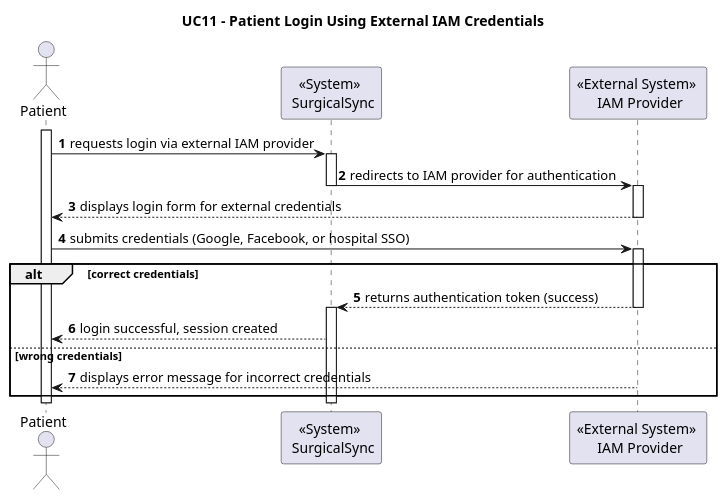
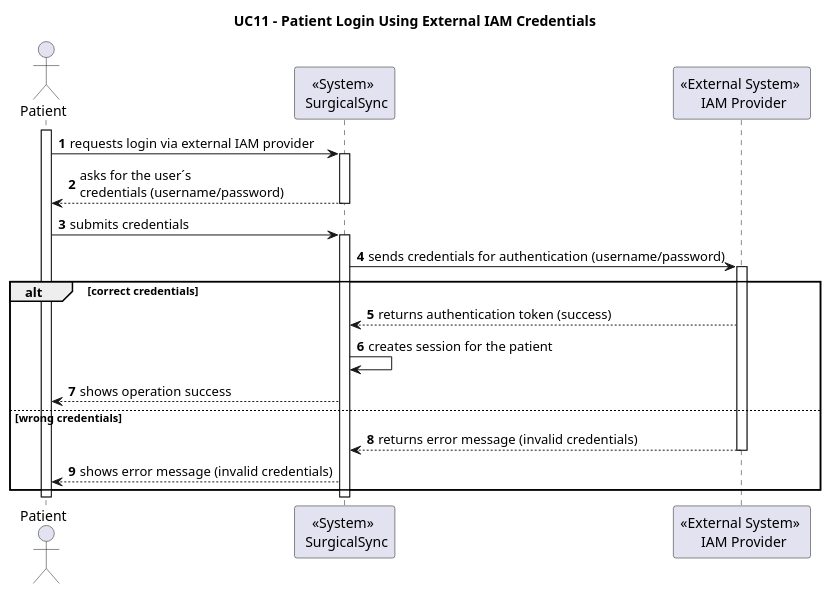
The diagram in Wiki/SprintA/diagrams/use-cases/11-log-in-to-the-system-using-the-IAM-credentials/level1/process-view.puml (MiguelCardoso77/SurgicalSync-BackEnd), drawn with PlantUML before and after one commit. The commit also changed 2 other files, not shown here.

Commit message:
Fixing the level 1 diagram #7

```diff
--- a/Wiki/SprintA/diagrams/use-cases/11-log-in-to-the-system-using-the-IAM-credentials/level1/process-view.puml
+++ b/Wiki/SprintA/diagrams/use-cases/11-log-in-to-the-system-using-the-IAM-credentials/level1/process-view.puml
@@ -1,48 +1,47 @@
 @startuml
 autonumber
 
 Title "UC11 - Patient Login Using External IAM Credentials"
 
 actor "Patient" as P
 participant "<<System>> \n SurgicalSync" as SYSTEM
 participant "<<External System>> \n IAM Provider" as IAM
 
 activate P 
 
 P -> SYSTEM: requests login via external IAM provider
 
     activate SYSTEM
     
-    SYSTEM -> IAM: redirects to IAM provider for authentication
+    SYSTEM --> P: asks for the user´s \ncredentials (username/password)
+    
+    deactivate SYSTEM
+    
+P -> SYSTEM: submits credentials
 
-    deactivate SYSTEM
+    activate SYSTEM
 
-    activate IAM
-
-    IAM --> P: displays login form for external credentials
-
-    deactivate IAM
+    SYSTEM -> IAM: sends credentials for authentication (username/password)
     
-P -> IAM: submits credentials (Google, Facebook, or hospital SSO)
-
     activate IAM
 
     alt correct credentials
         IAM --> SYSTEM: returns authentication token (success)
+                
+        SYSTEM -> SYSTEM: creates session for the patient
+        
+        SYSTEM --> P: shows operation success
+
+    else wrong credentials
+        IAM --> SYSTEM: returns error message (invalid credentials)
         deactivate IAM
 
-        activate SYSTEM
-        
-        SYSTEM --> P: login successful, session created
-
-    else wrong credentials
-        IAM --> P: displays error message for incorrect credentials
-        deactivate IAM
+        SYSTEM --> P: shows error message (invalid credentials)
 
     end
 
     deactivate SYSTEM
 
 deactivate P
 
 @enduml
```
